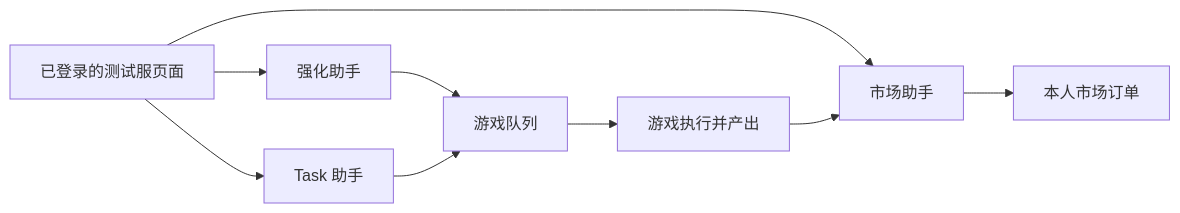
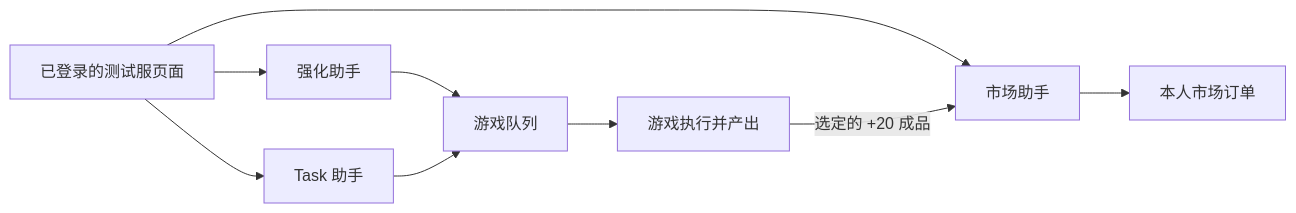
One commit to ZhonghuaM/Milky-Way changed the diagram in README.md. Above: the diagram before and after it, drawn with Mermaid.

Commit message:
Clarify which outputs enter market maintenance

````diff
--- a/README.md
+++ b/README.md
@@ -36,11 +36,11 @@
 ```mermaid
 flowchart LR
     Game["已登录的测试服页面"] --> Enhancer["强化助手"]
     Game --> Tasks["Task 助手"]
     Game --> Market["市场助手"]
     Enhancer --> Queue["游戏队列"]
     Tasks --> Queue
     Queue --> Output["游戏执行并产出"]
-    Output --> Market
+    Output -->|"选定的 +20 成品"| Market
     Market --> Orders["本人市场订单"]
 ```
````
